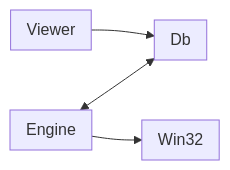
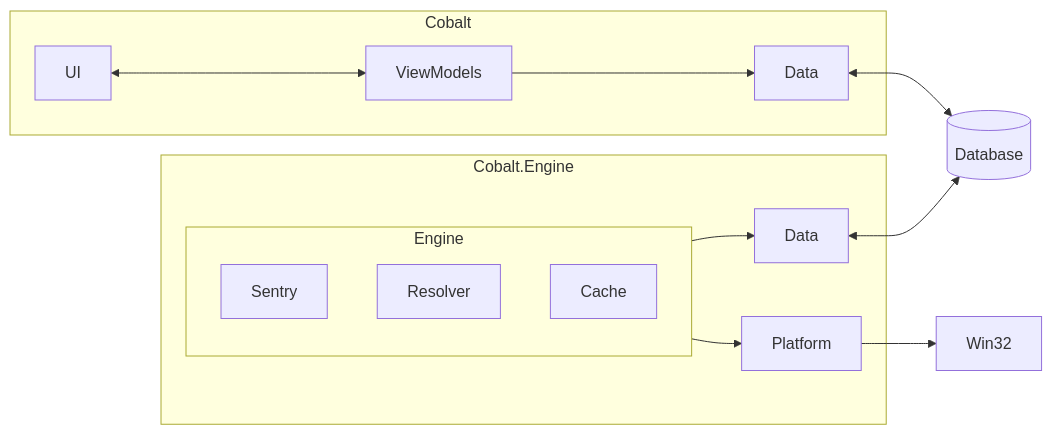
Before and after one commit to Enigmatrix/Cobalt: the first of 2 diagrams in ARCHITECTURE.md, drawn with Mermaid.

Commit message:
chore(docs): better architecture diagram

````diff
--- a/ARCHITECTURE.md
+++ b/ARCHITECTURE.md
@@ -8,19 +8,24 @@
 ```mermaid
 graph LR
 
-    subgraph Engine
+    subgraph Cobalt.Engine
+        subgraph Engine
+            Sentry
+            Resolver
+            Cache
+        end
+        Engine --> Platform
+        Engine --> EngineData[Data]
     end
 
-    subgraph Viewer
+    subgraph Cobalt
+        UI <--> ViewModels --> ViewerData[Data]
     end
 
-    subgraph Db
-    end
+    Db[(Database)]
+    Win32
 
-    subgraph Win32
-    end
-
-    Engine <-->Db
-    Viewer -->Db
-    Engine -->Win32
+    EngineData <--> Db
+    ViewerData <--> Db
+    Platform --> Win32
 ```
````
